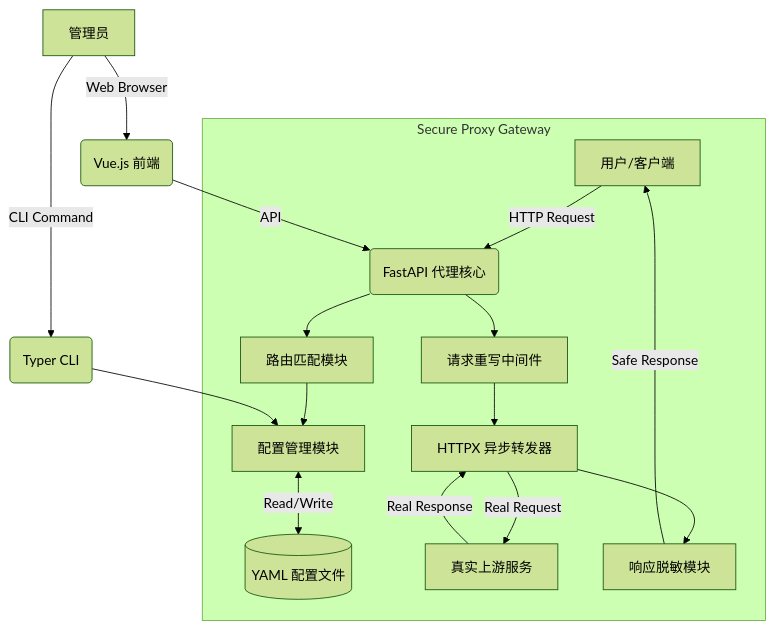
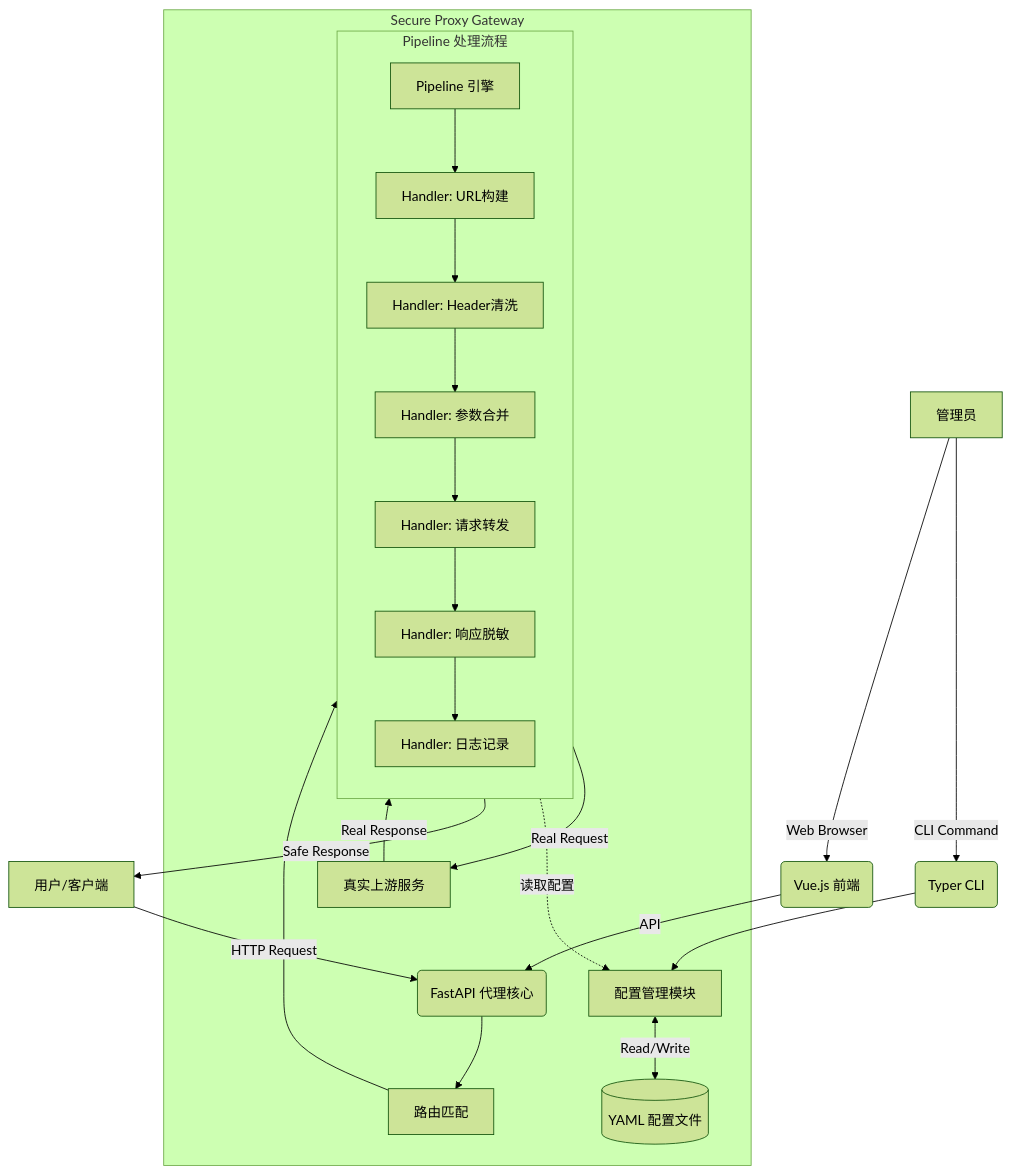
The diagram in requirements.md (fenggeHu/secure-proxy-gateway), drawn with Mermaid (forest theme) before and after one commit. The commit also changed other lines of this file and 24 other files, not shown here.

````diff
--- a/requirements.md
+++ b/requirements.md
@@ -44,25 +47,33 @@
 ```mermaid
 graph TD
     User[用户/客户端] -->|HTTP Request| ProxyServer(FastAPI 代理核心)
     
     subgraph "Secure Proxy Gateway"
-        ProxyServer --> Router[路由匹配模块]
-        Router --> ConfigMgr[配置管理模块]
-        ConfigMgr <-->|Read/Write| ConfigFile[(YAML 配置文件)]
+        ProxyServer --> Router[路由匹配]
+        Router --> Pipeline[Pipeline 引擎]
         
-        ProxyServer --> Rewriter[请求重写中间件]
-        Rewriter --> Forwarder[HTTPX 异步转发器]
+        subgraph "Pipeline 处理流程"
+            direction TB
+            Pipeline --> H1[Handler: URL构建]
+            H1 --> H2[Handler: Header清洗]
+            H2 --> H3[Handler: 参数合并]
+            H3 --> H4[Handler: 请求转发]
+            H4 --> H5[Handler: 响应脱敏]
+            H5 --> H6[Handler: 日志记录]
+        end
         
-        Forwarder -->|Real Request| Upstream[真实上游服务]
-        Upstream -->|Real Response| Forwarder
+        H4 -->|Real Request| Upstream[真实上游服务]
+        Upstream -->|Real Response| H4
         
-        Forwarder --> Masker[响应脱敏模块]
-        Masker -->|Safe Response| User
+        ConfigMgr[配置管理模块] <-->|Read/Write| ConfigFile[(YAML 配置文件)]
+        Pipeline -.->|读取配置| ConfigMgr
     end
+    
+    H6 -->|Safe Response| User
     
     Admin[管理员] -->|CLI Command| CLITool(Typer CLI)
     CLITool --> ConfigMgr
     
     Admin -->|Web Browser| WebUI(Vue.js 前端)
     WebUI -->|API| ProxyServer
 ```
````
